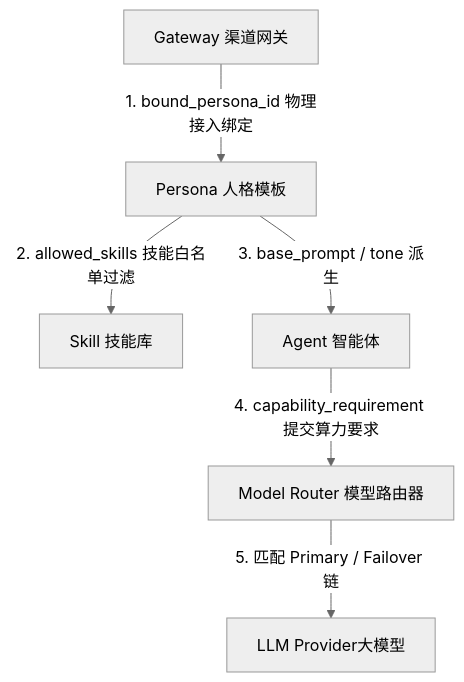
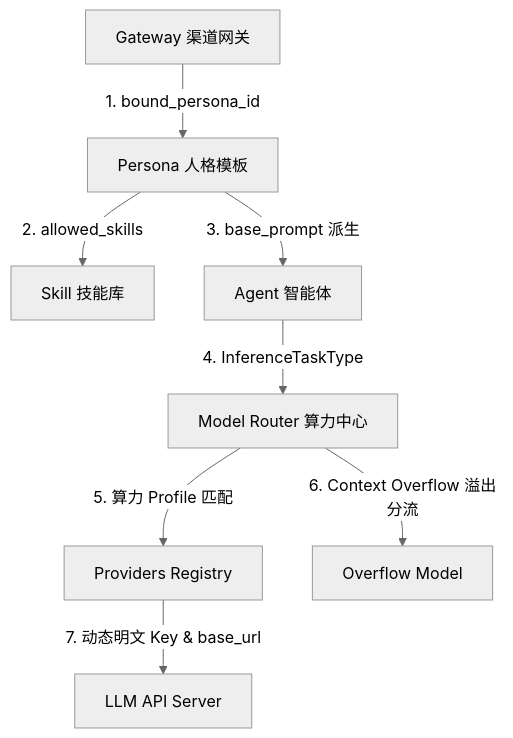
One commit to QQDDTT/AI-Nexus changed the second of 2 diagrams in docs/06_Testing_and_Operations/01_TEST_STRATEGY_E2E.md. Above: the diagram before and after it, drawn with Mermaid (neutral theme). The commit also changed other lines of this file and 22 other files, not shown here.

````diff
--- a/docs/06_Testing_and_Operations/01_TEST_STRATEGY_E2E.md
+++ b/docs/06_Testing_and_Operations/01_TEST_STRATEGY_E2E.md
@@ -79,8 +91,10 @@
 ```mermaid
 graph TD
-    GW[Gateway 渠道网关] -->|1. bound_persona_id 物理接入绑定| P[Persona 人格模板]
-    P -->|2. allowed_skills 技能白名单过滤| SK[Skill 技能库]
-    P -->|3. base_prompt / tone 派生| AG[Agent 智能体]
-    AG -->|4. capability_requirement 提交算力要求| MR[Model Router 模型路由器]
-    MR -->|5. 匹配 Primary / Failover 链| MP[LLM Provider大模型]
+    GW[Gateway 渠道网关] -->|1. bound_persona_id| P[Persona 人格模板]
+    P -->|2. allowed_skills| SK[Skill 技能库]
+    P -->|3. base_prompt 派生| AG[Agent 智能体]
+    AG -->|4. InferenceTaskType| MR[Model Router 算力中心]
+    MR -->|5. 算力 Profile 匹配| PR[Providers Registry]
+    MR -->|6. Context Overflow 溢出分流| MO[Overflow Model]
+    PR -->|7. 动态明文 Key & base_url| API[LLM API Server]
 ```
````
